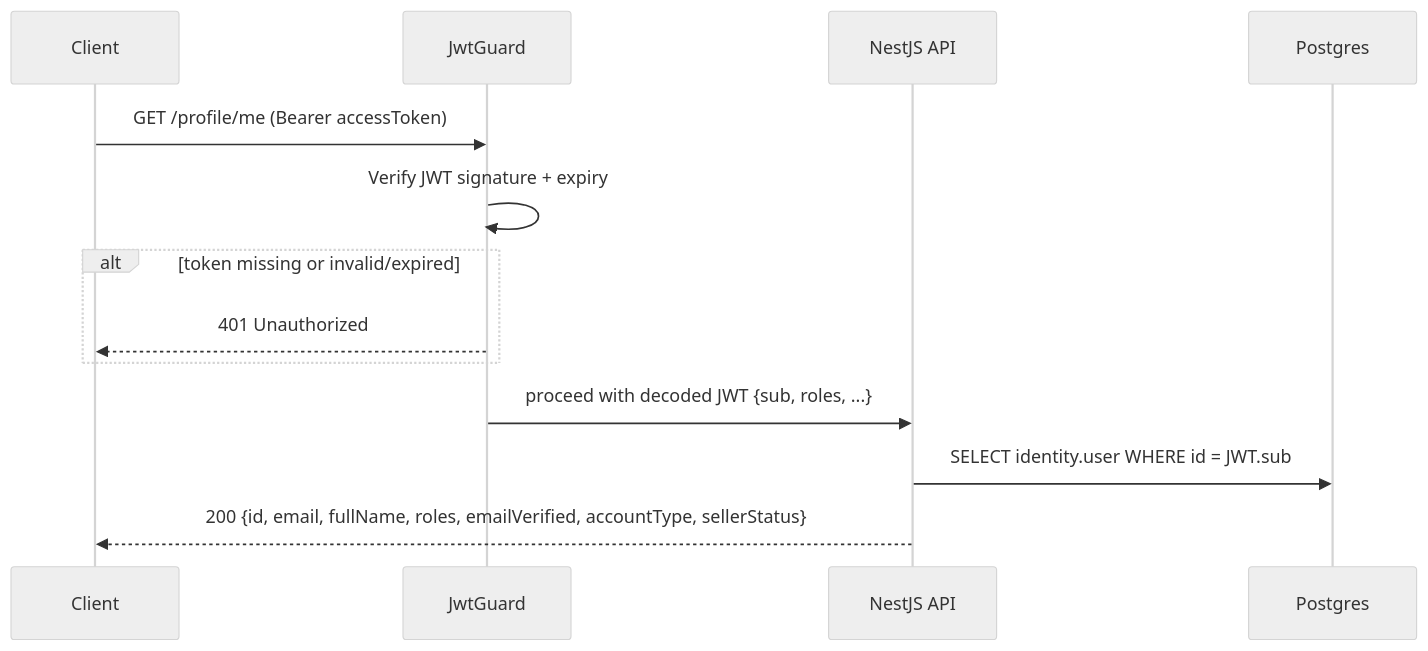
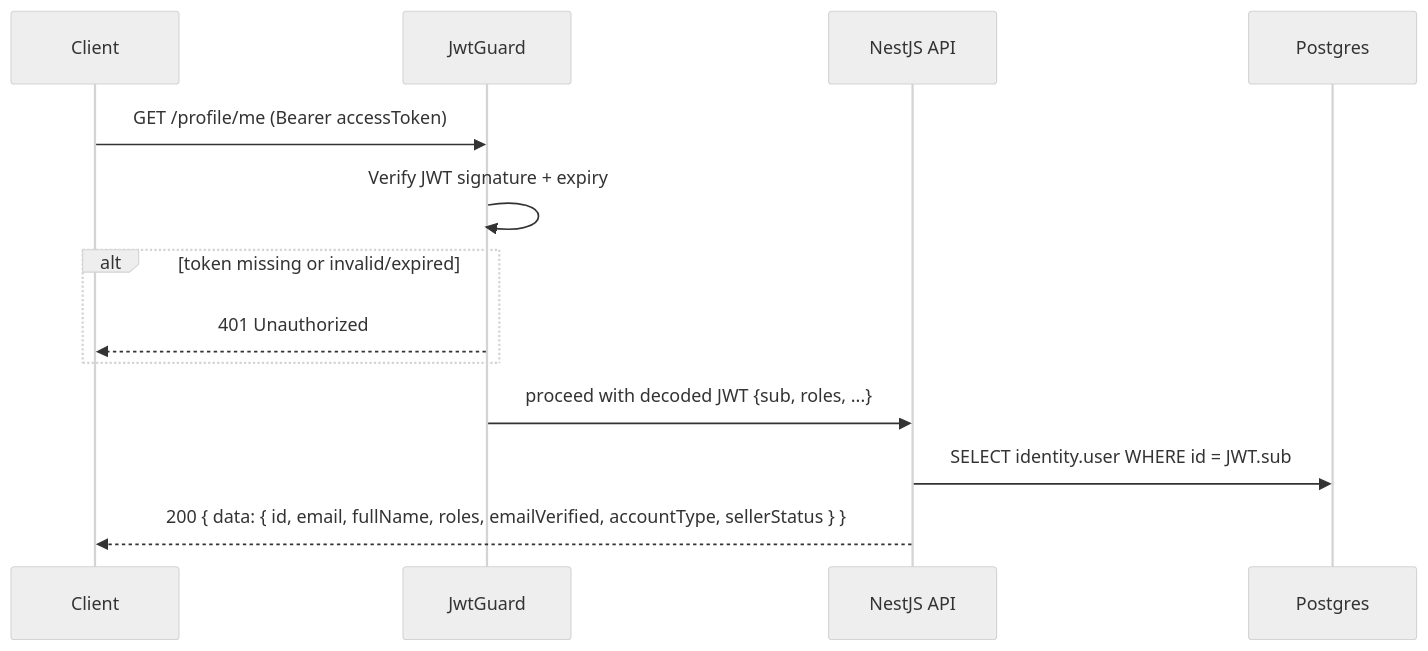
One commit to alisa-uthi/aliceut-ecom-document changed the first of 7 diagrams in phase-1/technical-design/api-design/profile.md. Above: the diagram before and after it, drawn with Mermaid (neutral theme). The commit also changed other lines of this file and 22 other files, not shown here.

````diff
--- a/phase-1/technical-design/api-design/profile.md
+++ b/phase-1/technical-design/api-design/profile.md
@@ -61,18 +63,18 @@
 ```mermaid
 sequenceDiagram
     participant C as Client
     participant G as JwtGuard
     participant A as NestJS API
     participant PG as Postgres
 
     C->>G: GET /profile/me (Bearer accessToken)
     G->>G: Verify JWT signature + expiry
     alt token missing or invalid/expired
         G-->>C: 401 Unauthorized
     end
     G->>A: proceed with decoded JWT {sub, roles, ...}
 
     A->>PG: SELECT identity.user WHERE id = JWT.sub
 
-    A-->>C: 200 {id, email, fullName, roles, emailVerified, accountType, sellerStatus}
+    A-->>C: 200 { data: { id, email, fullName, roles, emailVerified, accountType, sellerStatus } }
 ```
````
